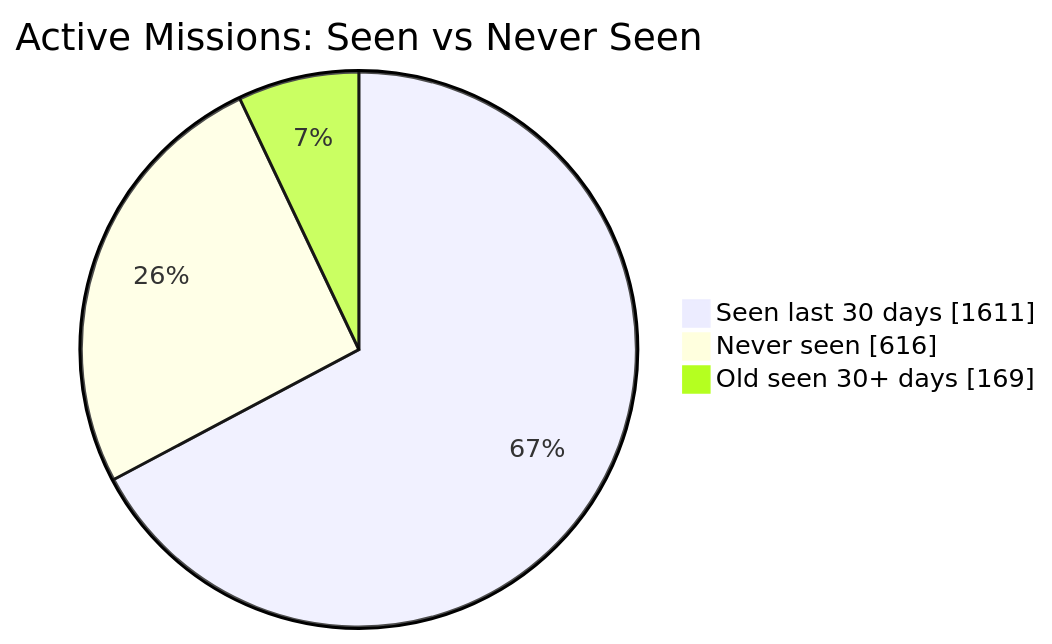
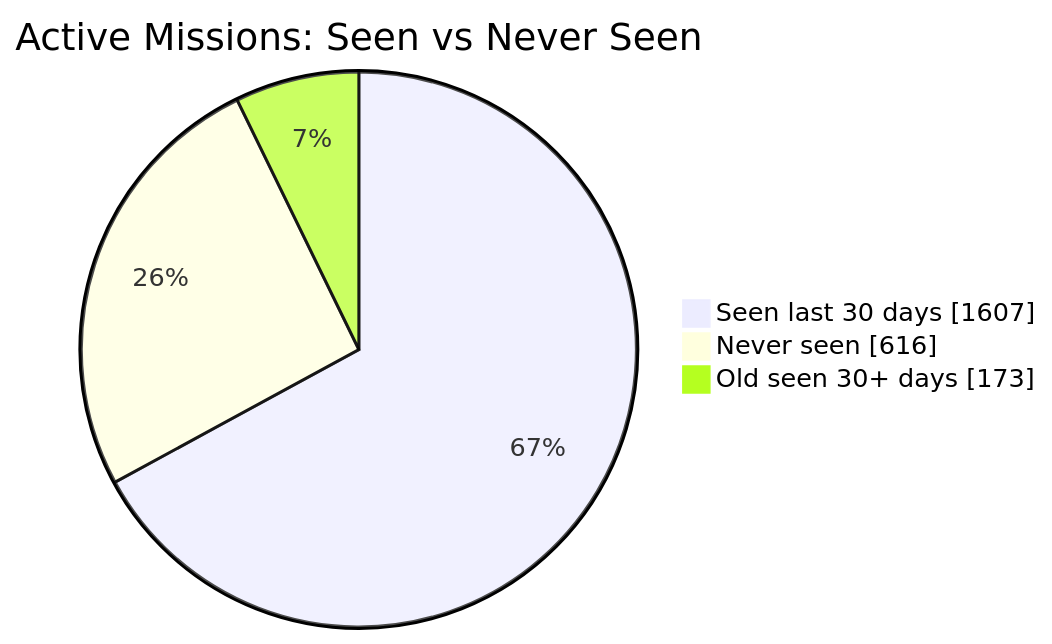
Before and after one commit to MeldkamerspelGameTeam/active-missions: the first of 2 diagrams in README.md, drawn with Mermaid. The commit also changed other lines of this file and 2 other files, not shown here.

````diff
--- a/README.md
+++ b/README.md
@@ -34,7 +34,7 @@
 ```mermaid
 pie showData
     title Active Missions: Seen vs Never Seen
-    "Seen last 30 days" : 1611
+    "Seen last 30 days" : 1607
     "Never seen" : 616
-    "Old seen 30+ days" : 169
+    "Old seen 30+ days" : 173
 ```
````
